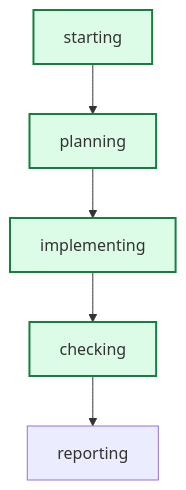
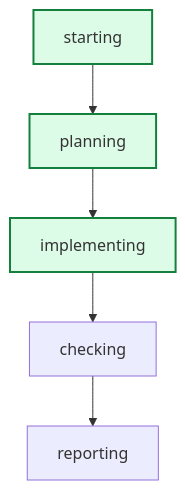
Before and after one commit to daniell0gda/hermes-feature-check-dashboard: the diagram in latest/graph.mmd, drawn with Mermaid. The commit also changed 30 other files, not shown here.

```diff
--- a/latest/graph.mmd
+++ b/latest/graph.mmd
@@ -1,13 +1,12 @@
 graph TD
     starting --> planning
     planning --> implementing
     implementing --> checking
     checking --> reporting
 
 classDef done fill:#dcfce7,stroke:#15803d,stroke-width:2px;
 classDef active fill:#dbeafe,stroke:#2563eb,stroke-width:3px;
 classDef failed fill:#fee2e2,stroke:#b42318,stroke-width:2px;
 class planning done;
 class implementing done;
-class checking done;
 class starting done;
```
